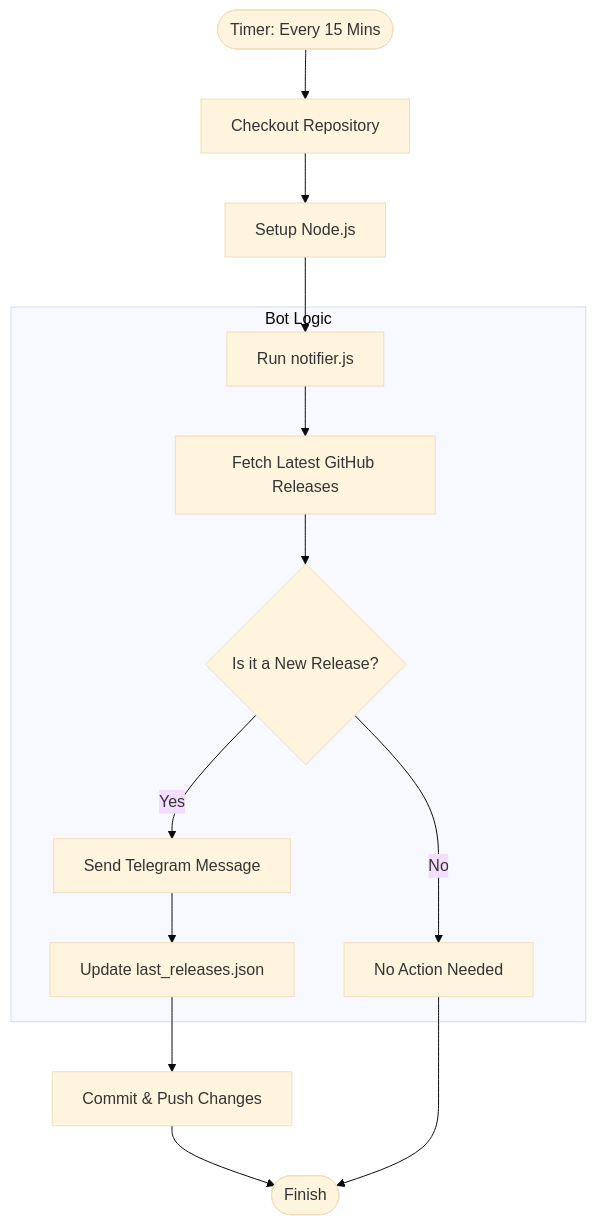
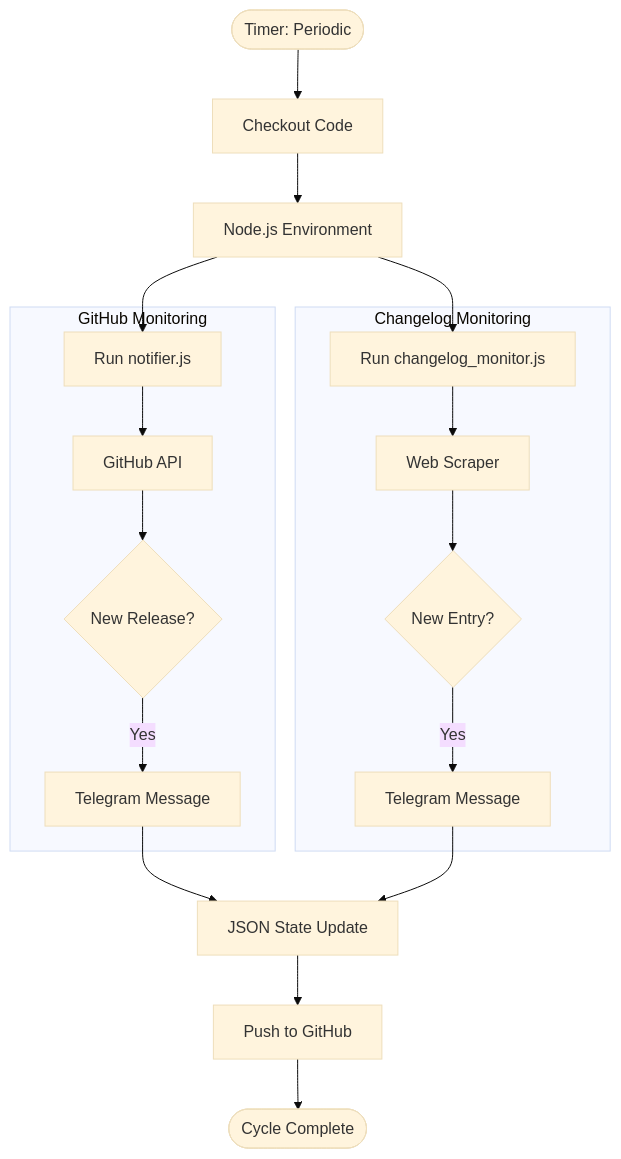
Before and after one commit to imshaiknasir/release-notifier: the diagram in README.md, drawn with Mermaid (base theme). The commit also changed other lines of this file and 4 other files, not shown here.

Commit message:
feat: Add changelog monitoring scripts and update README to reflect new functionality and architecture.

````diff
--- a/README.md
+++ b/README.md
@@ -23,18 +42,24 @@
 ```mermaid
 graph TD
-    Start([Timer: Every 15 Mins]) --> Checkout[Checkout Repository]
-    Checkout --> Setup[Setup Node.js]
-    Setup --> Run[Run notifier.js]
+    Start([Timer: Periodic]) --> Checkout[Checkout Code]
+    Checkout --> Setup[Node.js Environment]
+    Setup --> RunR[Run notifier.js]
+    Setup --> RunC[Run changelog_monitor.js]
     
-    subgraph Bot Logic
-    Run --> Fetch[Fetch Latest GitHub Releases]
-    Fetch --> Compare{Is it a New Release?}
-    Compare -- No --> Skip[No Action Needed]
-    Compare -- Yes --> Notify[Send Telegram Message]
-    Notify --> Update[Update last_releases.json]
+    subgraph GitHub Monitoring
+    RunR --> FetchR[GitHub API]
+    FetchR --> CompareR{New Release?}
+    CompareR -- Yes --> NotifyR[Telegram Message]
+    end
+
+    subgraph Changelog Monitoring
+    RunC --> FetchC[Web Scraper]
+    FetchC --> CompareC{New Entry?}
+    CompareC -- Yes --> NotifyC[Telegram Message]
     end
     
-    Update --> Commit[Commit & Push Changes]
-    Commit --> End([Finish])
-    Skip --> End
+    NotifyR --> Update[JSON State Update]
+    NotifyC --> Update
+    Update --> Commit[Push to GitHub]
+    Commit --> End([Cycle Complete])
 ```
````
